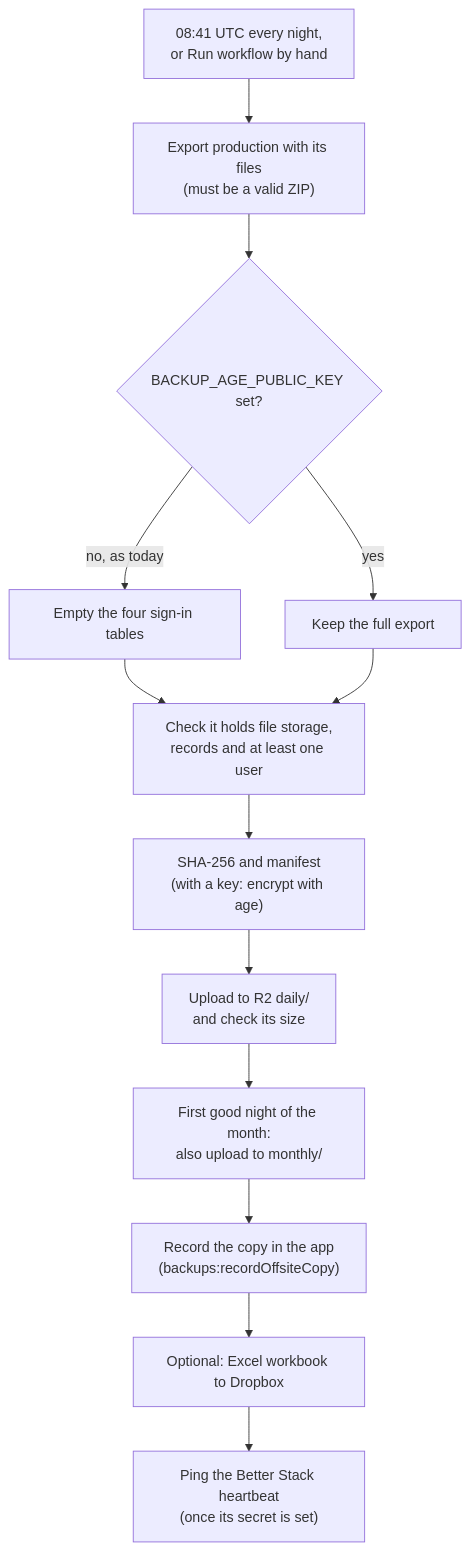
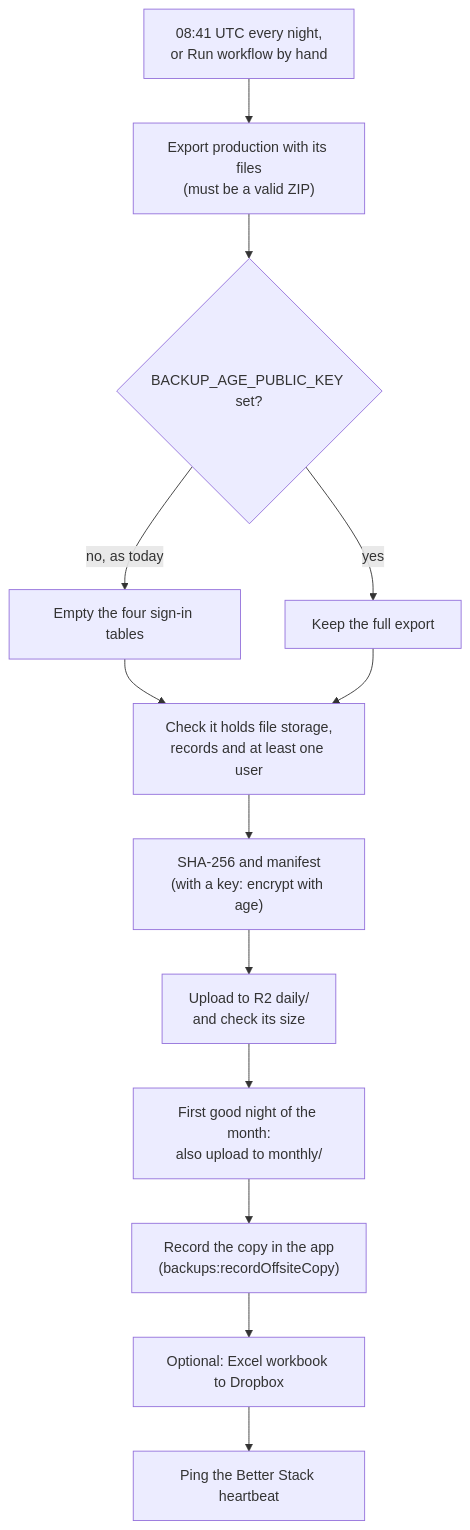
Before and after one commit to angelone-aviation/AO-aircraft-maintenance: the second of 2 diagrams in docs/handbook/3-running-it/operations.md, drawn with Mermaid. The commit also changed other lines of this file and 18 other files, not shown here.

````diff
--- a/docs/handbook/3-running-it/operations.md
+++ b/docs/handbook/3-running-it/operations.md
@@ -106,15 +106,15 @@
 ```mermaid
 flowchart TD
   Start["08:41 UTC every night,<br/>or Run workflow by hand"] --> Export["Export production with its files<br/>(must be a valid ZIP)"]
   Export --> Key{"BACKUP_AGE_PUBLIC_KEY set?"}
   Key -->|"no, as today"| Strip["Empty the four sign-in tables"]
   Key -->|yes| Keep["Keep the full export"]
   Strip --> Check["Check it holds file storage,<br/>records and at least one user"]
   Keep --> Check
   Check --> Hash["SHA-256 and manifest<br/>(with a key: encrypt with age)"]
   Hash --> Daily["Upload to R2 daily/<br/>and check its size"]
   Daily --> Monthly["First good night of the month:<br/>also upload to monthly/"]
   Monthly --> Record["Record the copy in the app<br/>(backups:recordOffsiteCopy)"]
   Record --> Dropbox["Optional: Excel workbook to Dropbox"]
-  Dropbox --> Beat["Ping the Better Stack heartbeat<br/>(once its secret is set)"]
+  Dropbox --> Beat["Ping the Better Stack heartbeat"]
 ```
````
